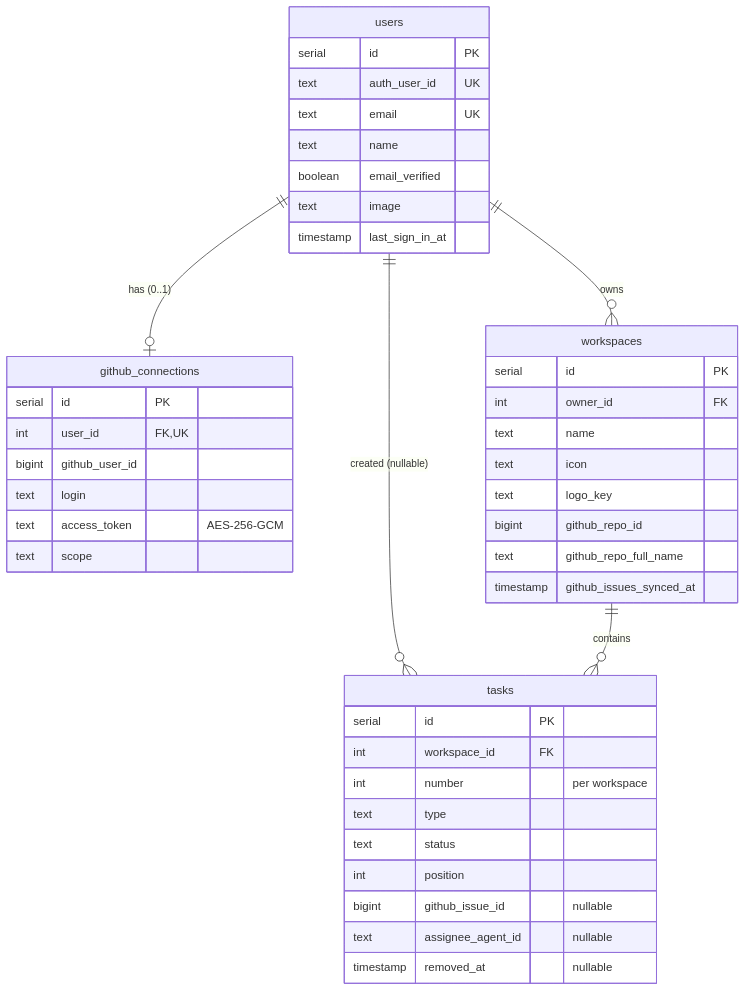
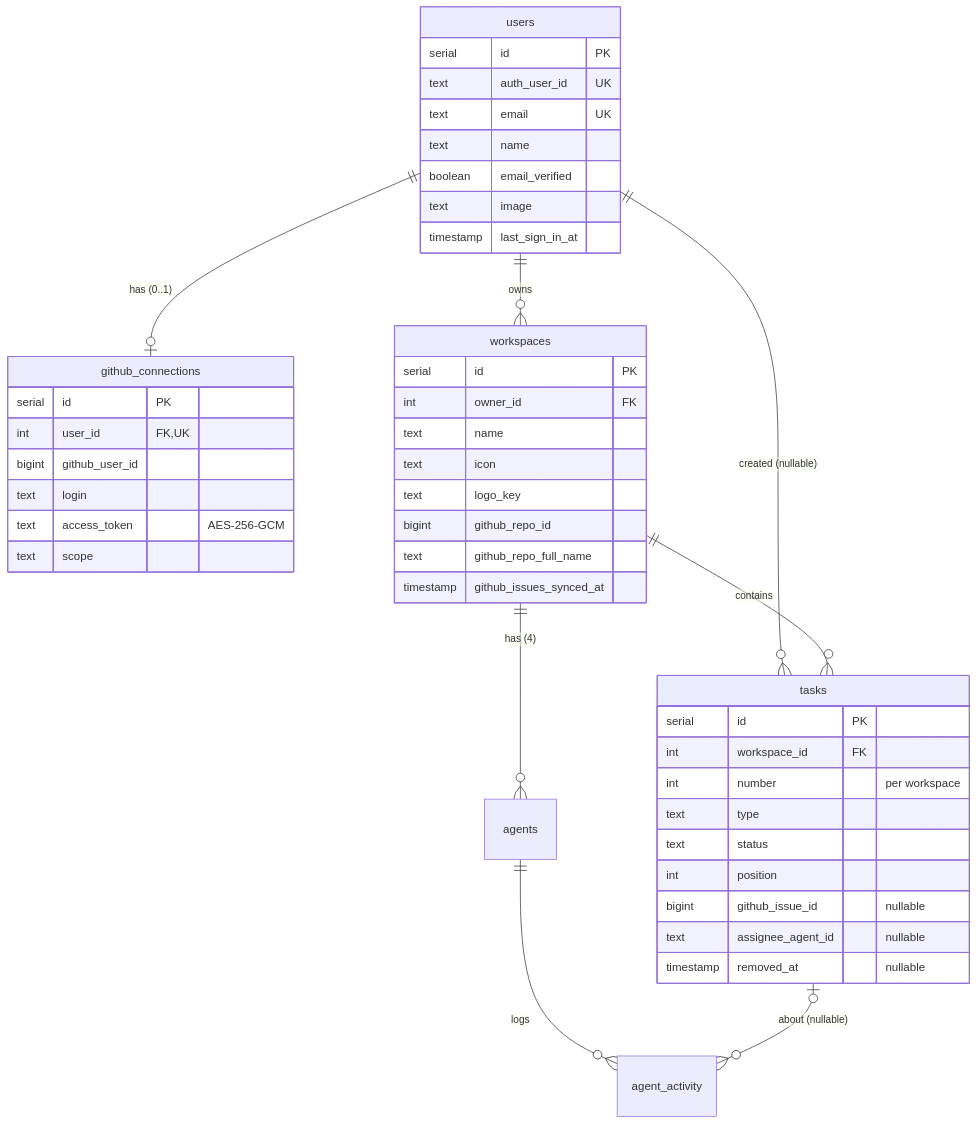
Before and after one commit to johanso/techcrew: the diagram in docs/data-model.md, drawn with Mermaid. The commit also changed other lines of this file and 30 other files, not shown here.

````diff
--- a/docs/data-model.md
+++ b/docs/data-model.md
@@ -19,46 +21,49 @@
 ```mermaid
 erDiagram
     users ||--o| github_connections : "has (0..1)"
     users ||--o{ workspaces : owns
     users ||--o{ tasks : "created (nullable)"
     workspaces ||--o{ tasks : contains
+    workspaces ||--o{ agents : "has (4)"
+    agents ||--o{ agent_activity : logs
+    tasks |o--o{ agent_activity : "about (nullable)"
 
     users {
         serial id PK
         text auth_user_id UK
         text email UK
         text name
         boolean email_verified
         text image
         timestamp last_sign_in_at
     }
     github_connections {
         serial id PK
         int user_id FK,UK
         bigint github_user_id
         text login
         text access_token "AES-256-GCM"
         text scope
     }
     workspaces {
         serial id PK
         int owner_id FK
         text name
         text icon
         text logo_key
         bigint github_repo_id
         text github_repo_full_name
         timestamp github_issues_synced_at
     }
     tasks {
         serial id PK
         int workspace_id FK
         int number "per workspace"
         text type
         text status
         int position
         bigint github_issue_id "nullable"
         text assignee_agent_id "nullable"
         timestamp removed_at "nullable"
     }
 ```
````
